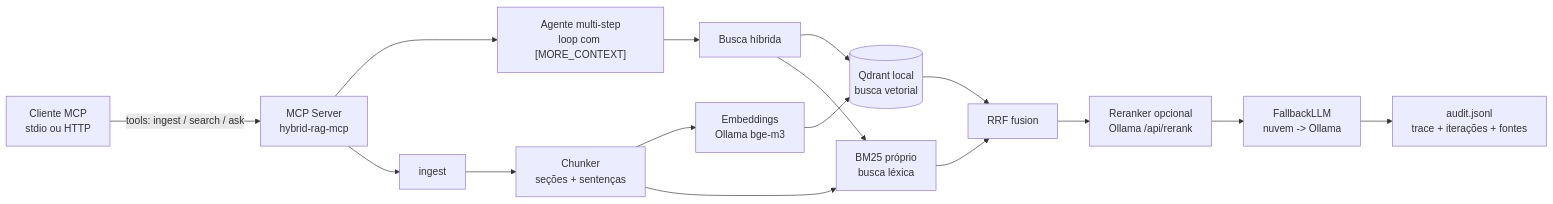
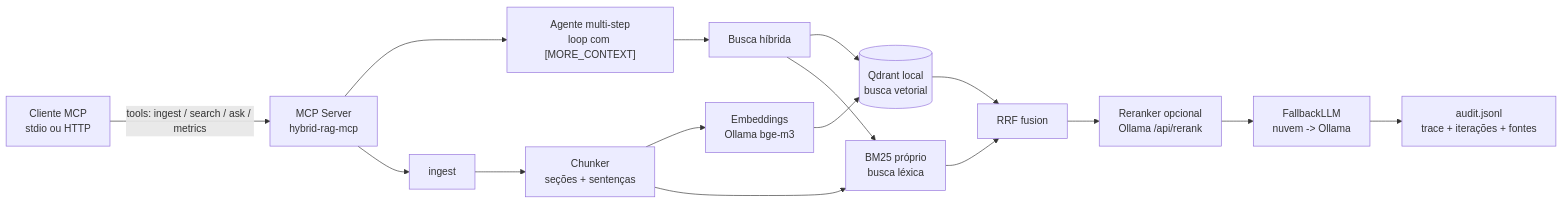
Before and after one commit to brenol404/hybrid-rag-mcp: the diagram in README.md, drawn with Mermaid. The commit also changed other lines of this file, not shown here.

````diff
--- a/README.md
+++ b/README.md
@@ -26,16 +45,16 @@
 ```mermaid
 flowchart LR
-    C["Cliente MCP<br/>stdio ou HTTP"] -->|tools: ingest / search / ask| M["MCP Server<br/>hybrid-rag-mcp"]
+    C["Cliente MCP<br/>stdio ou HTTP"] -->|tools: ingest / search / ask / metrics| M["MCP Server<br/>hybrid-rag-mcp"]
     M --> AGE["Agente multi-step<br/>loop com [MORE_CONTEXT]"]
     M --> I["ingest"]
     I --> C1["Chunker<br/>seções + sentenças"]
     C1 --> E["Embeddings<br/>Ollama bge-m3"]
     E --> Q1[("Qdrant local<br/>busca vetorial")]
     C1 --> K["BM25 próprio<br/>busca léxica"]
     AGE --> RET["Busca híbrida"]
     RET --> Q1 & K
     Q1 & K --> RRF["RRF fusion"]
     RRF --> RR["Reranker opcional<br/>Ollama /api/rerank"]
     RR --> LLM["FallbackLLM<br/>nuvem -> Ollama"]
     LLM --> AUD["audit.jsonl<br/>trace + iterações + fontes"]
 ```
````
